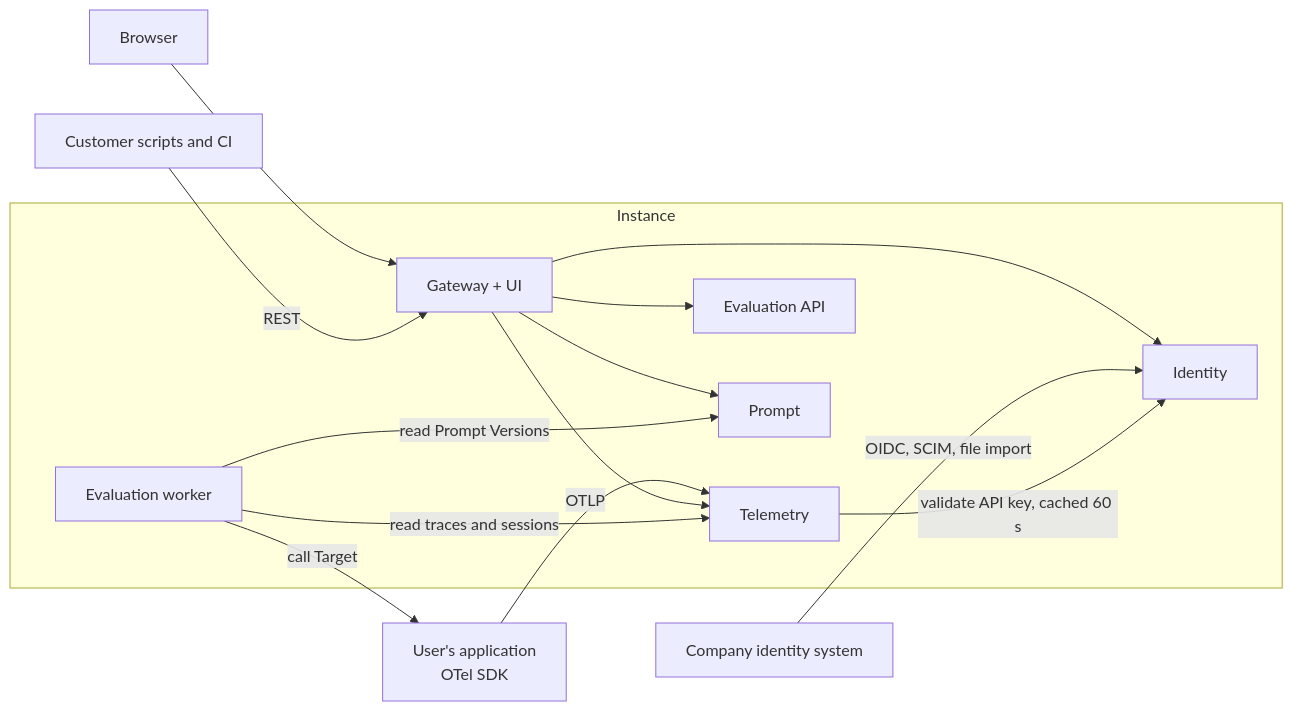
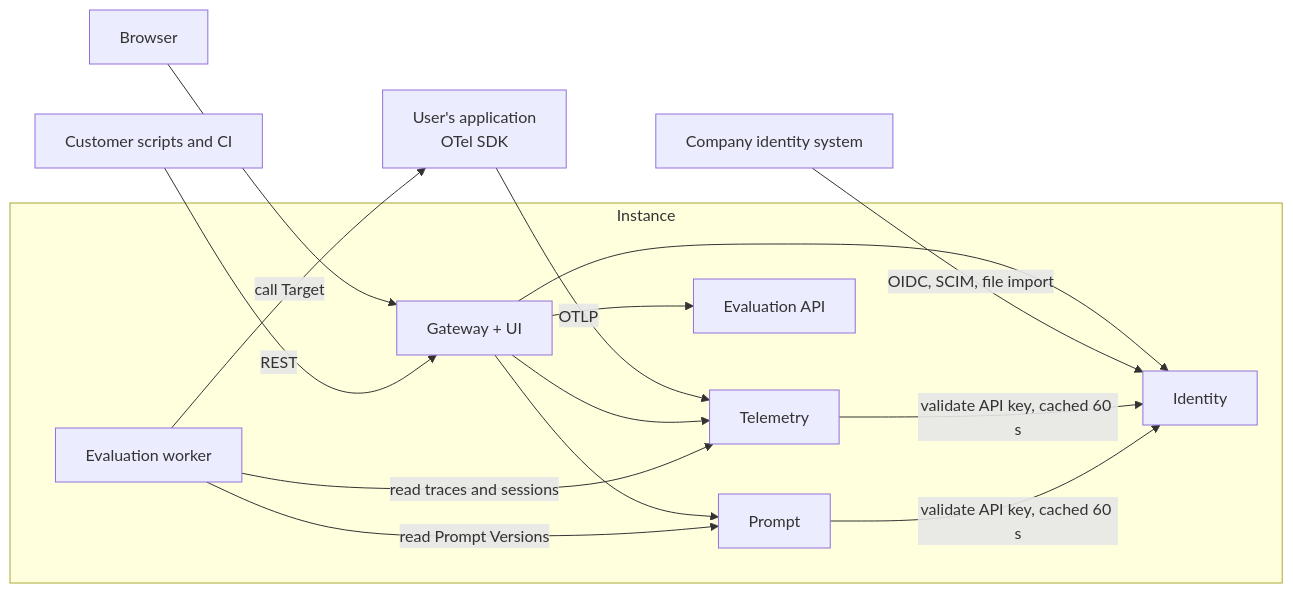
The first of 2 diagrams in docs/architecture.md (gallas-ai/extispex), drawn with Mermaid before and after one commit. The commit also changed other lines of this file and 60 other files, not shown here.

````diff
--- a/docs/architecture.md
+++ b/docs/architecture.md
@@ -34,29 +34,30 @@
 ```mermaid
 flowchart LR
   app["User's application<br/>OTel SDK"]
   browser["Browser"]
   client["Customer scripts and CI"]
   company["Company identity system"]
 
   subgraph instance["Instance"]
     gateway["Gateway + UI"]
     telemetry["Telemetry"]
     evaluation_api["Evaluation API"]
     evaluation_worker["Evaluation worker"]
     prompt["Prompt"]
     identity["Identity"]
   end
 
   app -- "OTLP" --> telemetry
   browser --> gateway
   client -- "REST" --> gateway
   gateway --> telemetry
   gateway --> evaluation_api
   gateway --> prompt
   gateway --> identity
   company -- "OIDC, SCIM, file import" --> identity
   telemetry -- "validate API key, cached 60 s" --> identity
+  prompt -- "validate API key, cached 60 s" --> identity
   evaluation_worker -- "read traces and sessions" --> telemetry
   evaluation_worker -- "read Prompt Versions" --> prompt
   evaluation_worker -- "call Target" --> app
 ```
````
